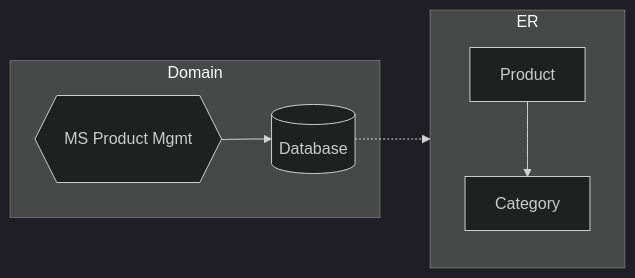
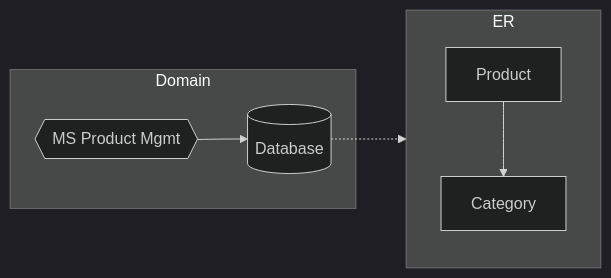
One commit to lgomesb/spring-ms-product-catalog-mgmt changed the second of 4 diagrams in README.md. Above: the diagram before and after it, drawn with Mermaid (dark theme). The commit also changed other lines of this file and 7 other files, not shown here.

````diff
--- a/README.md
+++ b/README.md
@@ -52,14 +71,14 @@
 ```mermaid
 flowchart LR
     subgraph Domain
         MSProduct --> DB
     end
     subgraph ER
         Product --> Category
     end
-    MSProduct{{\n MS Product Mgmt \n\n}}
+    MSProduct{{MS Product Mgmt}}
     DB[(Database)]
     DB -.-> ER
     
     
 ```
````
